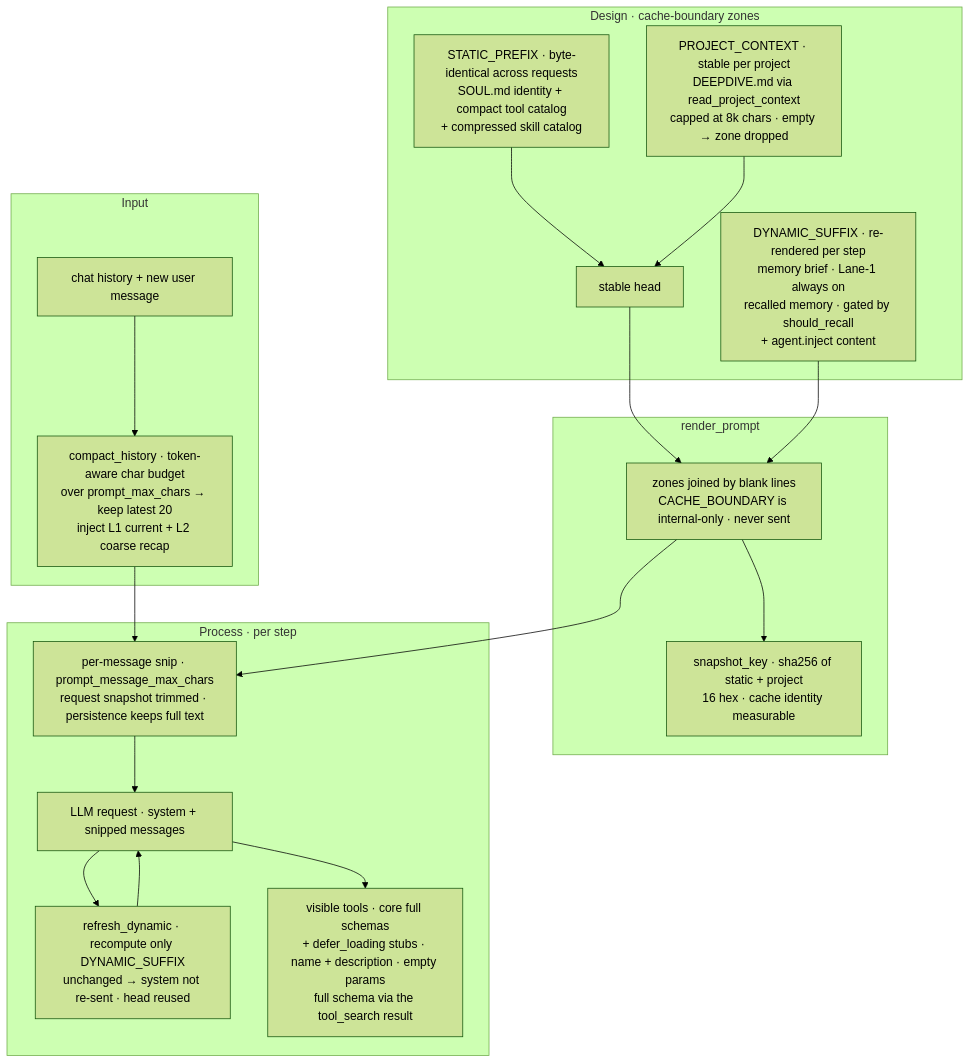
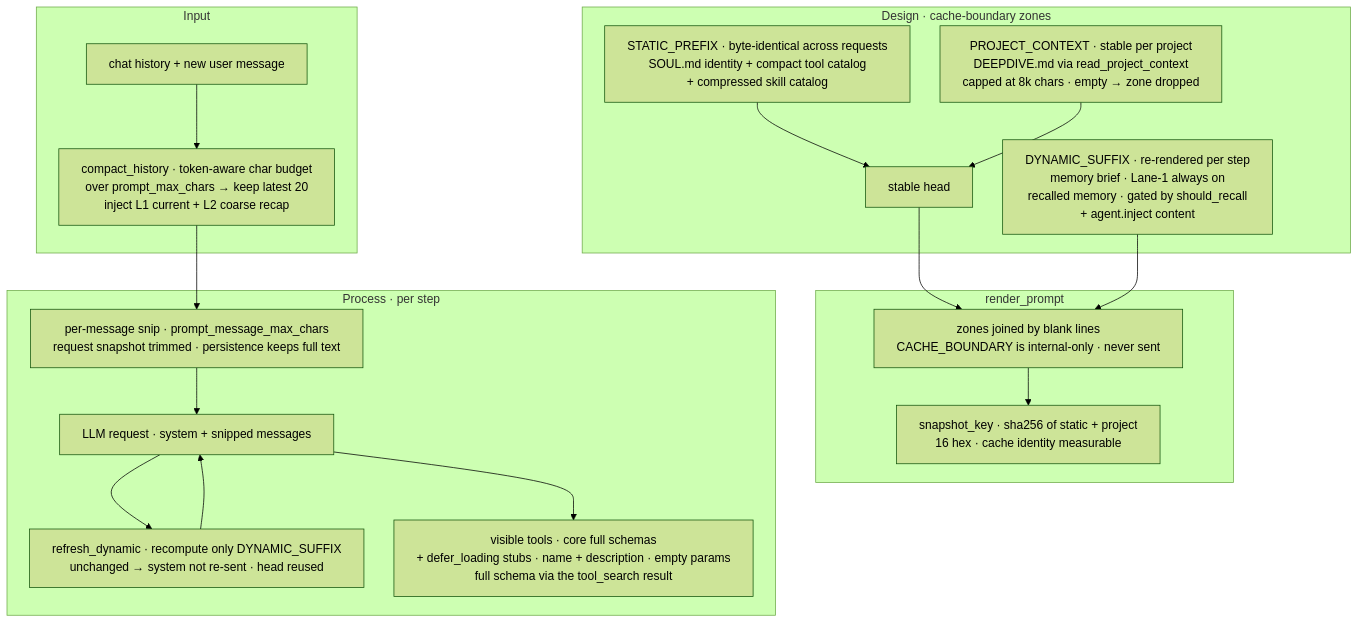
Before and after one commit to Eric-LLMs/DeepDive: the fourth of 4 diagrams in README.md, drawn with Mermaid (forest theme). The commit also changed other lines of this file and 3 other files, not shown here.

First line of the commit message:
docs: expand prompt mermaid source inline, align 2x2, drop retention clock time

````diff
--- a/README.md
+++ b/README.md
@@ -144,40 +139,41 @@
 ```mermaid
+%%{init: {"flowchart": {"wrappingWidth": 500, "nodeSpacing": 40, "rankSpacing": 50}}}%%
 flowchart TB
     %% Prompt module: cache-boundary assembly + compression + deferred tool stubs.
     %% Invariants: the CACHE_BOUNDARY separator is internal-only and never rendered; the stable
     %% head (STATIC_PREFIX + PROJECT_CONTEXT) is byte-identical so the provider prefix cache is
     %% reused; only the DYNAMIC_SUFFIX re-renders per step and is skipped when unchanged; the
     %% per-message snip trims the request snapshot only, keeping the persistence copy raw; mounted
     %% tools appear as stable defer_loading stubs, with the full schema riding in the tool_search
     %% result.
 
     subgraph input["Input"]
         HIST["chat history + new user message"]
         AUTO["compact_history · token-aware char budget<br/>over prompt_max_chars → keep latest 20<br/>inject L1 current + L2 coarse recap"]
         HIST --> AUTO
     end
 
     subgraph zones["Design · cache-boundary zones"]
         SP["STATIC_PREFIX · byte-identical across requests<br/>SOUL.md identity + compact tool catalog<br/>+ compressed skill catalog"]
         PC["PROJECT_CONTEXT · stable per project<br/>DEEPDIVE.md via read_project_context<br/>capped at 8k chars · empty → zone dropped"]
         DS["DYNAMIC_SUFFIX · re-rendered per step<br/>memory brief · Lane-1 always on<br/>recalled memory · gated by should_recall<br/>+ agent.inject content"]
         SP --> HEAD["stable head"]
         PC --> HEAD
     end
 
     subgraph render["render_prompt"]
         HEAD --> RENDER
         DS --> RENDER
         RENDER["zones joined by blank lines<br/>CACHE_BOUNDARY is internal-only · never sent"]
         RENDER --> KEY["snapshot_key · sha256 of static + project<br/>16 hex · cache identity measurable"]
     end
 
     subgraph perstep["Process · per step"]
-        RENDER --> SNIP["per-message snip · prompt_message_max_chars<br/>request snapshot trimmed · persistence keeps full text"]
+        SNIP["per-message snip · prompt_message_max_chars<br/>request snapshot trimmed · persistence keeps full text"]
         AUTO --> SNIP
         SNIP --> REQ["LLM request · system + snipped messages"]
         REQ --> REFRESH["refresh_dynamic · recompute only DYNAMIC_SUFFIX<br/>unchanged → system not re-sent · head reused"]
         REQ --> TOOLS["visible tools · core full schemas<br/>+ defer_loading stubs · name + description · empty params<br/>full schema via the tool_search result"]
         REFRESH --> REQ
     end
 ```
````
